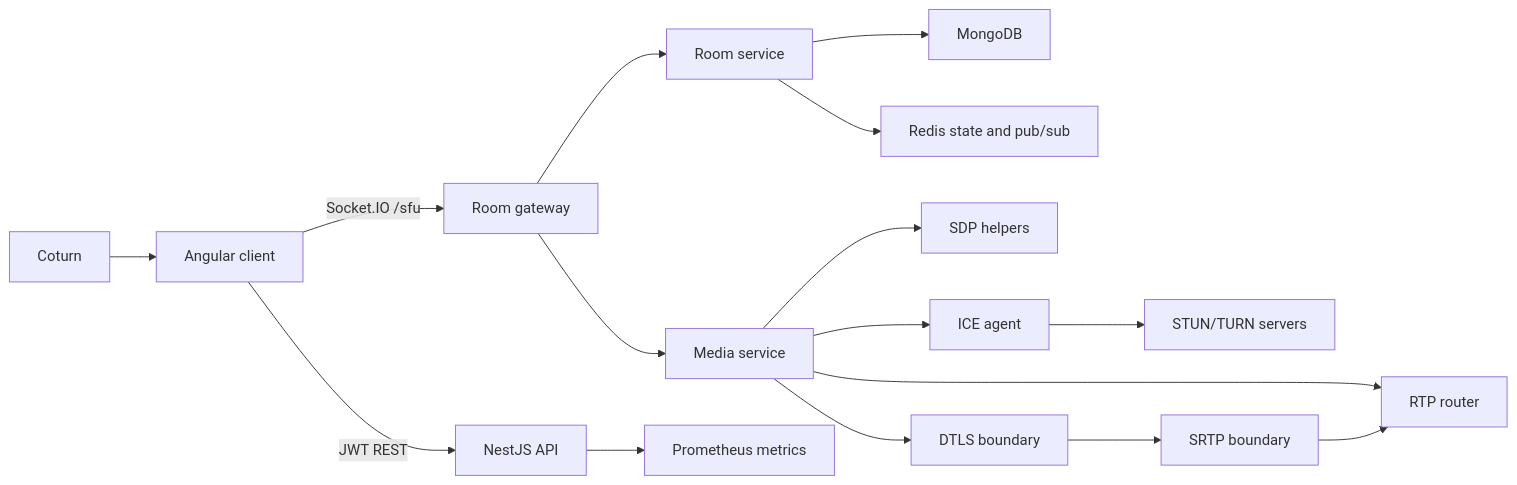
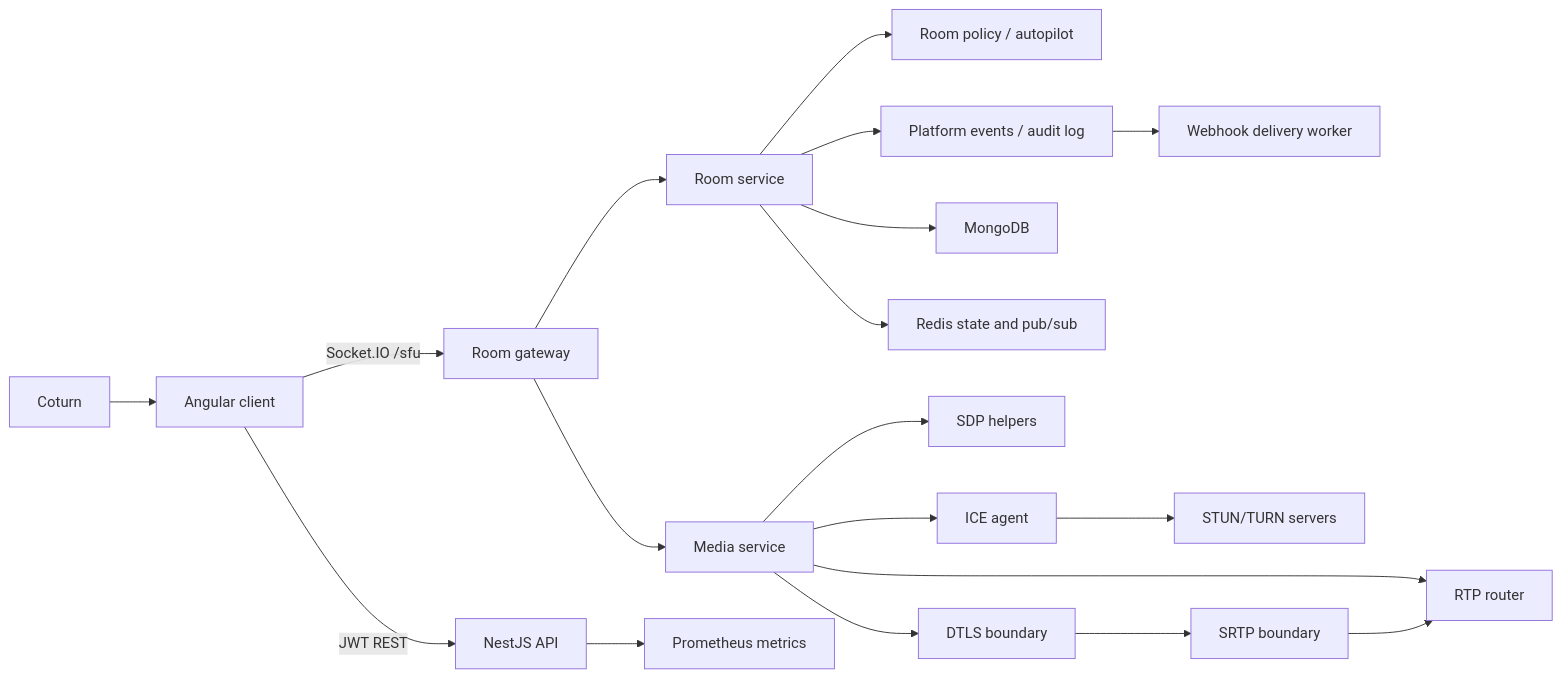
One commit to Suman201/SFU changed the first of 2 diagrams in docs/architecture.md. Above: the diagram before and after it, drawn with Mermaid. The commit also changed other lines of this file and 51 other files, not shown here.

````diff
--- a/docs/architecture.md
+++ b/docs/architecture.md
@@ -5,18 +5,21 @@
 ```mermaid
 flowchart LR
   Browser["Angular client"] -->|"JWT REST"| API["NestJS API"]
   Browser -->|"Socket.IO /sfu"| Gateway["Room gateway"]
   Gateway --> Rooms["Room service"]
+  Rooms --> Policy["Room policy / autopilot"]
+  Rooms --> Events["Platform events / audit log"]
+  Events --> Webhooks["Webhook delivery worker"]
   Rooms --> Mongo["MongoDB"]
   Rooms --> Redis["Redis state and pub/sub"]
   Gateway --> Media["Media service"]
   Media --> RTP["RTP router"]
   Media --> SDP["SDP helpers"]
   Media --> ICE["ICE agent"]
   ICE --> STUN["STUN/TURN servers"]
   Media --> DTLS["DTLS boundary"]
   DTLS --> SRTP["SRTP boundary"]
   SRTP --> RTP
   API --> Metrics["Prometheus metrics"]
   Coturn["Coturn"] --> Browser
 ```
````
